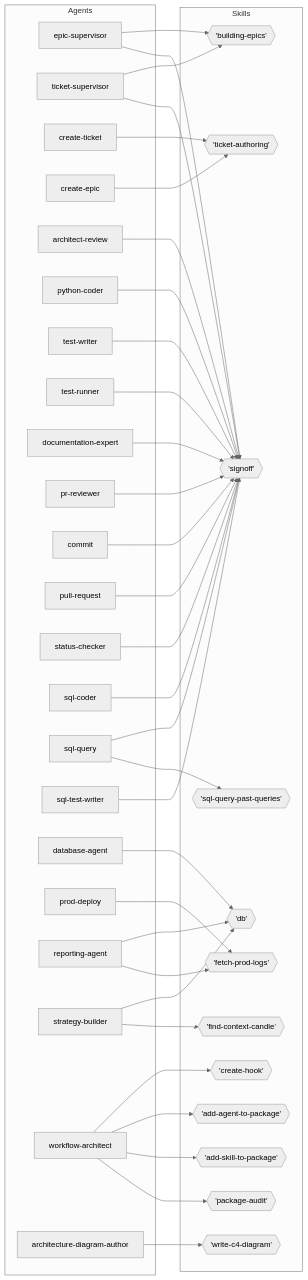
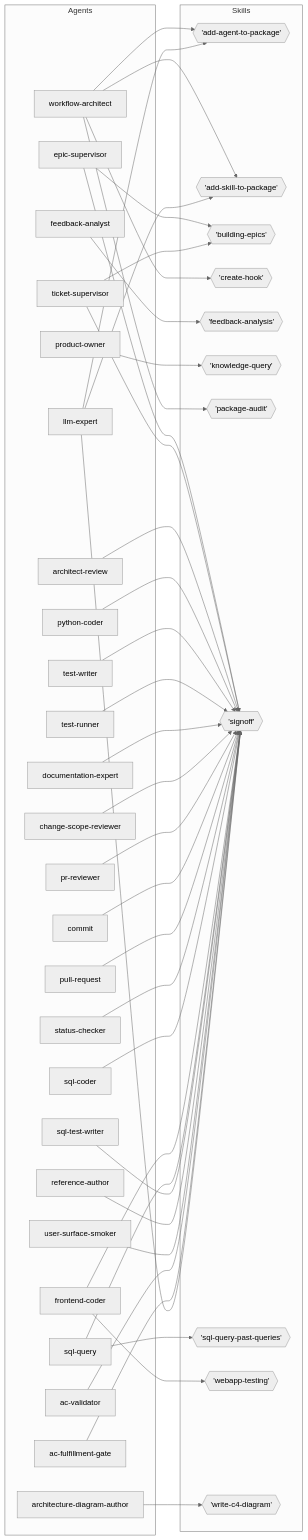
One commit to urlmonitor/leafcutter-ai changed the second of 3 diagrams in docs/agents/README.md. Above: the diagram before and after it, drawn with Mermaid (neutral theme). The commit also changed other lines of this file and 6 other files, not shown here.

````diff
--- a/docs/agents/README.md
+++ b/docs/agents/README.md
@@ -240,71 +249,77 @@
 ```mermaid
 graph LR
     subgraph Agents
         a_epic_supervisor["epic-supervisor"]
         a_ticket_supervisor["ticket-supervisor"]
-        a_create_ticket["create-ticket"]
-        a_create_epic["create-epic"]
         a_architect_review["architect-review"]
         a_python_coder["python-coder"]
         a_test_writer["test-writer"]
         a_test_runner["test-runner"]
         a_documentation_expert["documentation-expert"]
+        a_change_scope_reviewer["change-scope-reviewer"]
         a_pr_reviewer["pr-reviewer"]
         a_commit["commit"]
         a_pull_request["pull-request"]
         a_status_checker["status-checker"]
+        a_feedback_analyst["feedback-analyst"]
         a_sql_coder["sql-coder"]
+        a_frontend_coder["frontend-coder"]
         a_sql_query["sql-query"]
         a_sql_test_writer["sql-test-writer"]
-        a_database_agent["database-agent"]
-        a_prod_deploy["prod-deploy"]
-        a_reporting_agent["reporting-agent"]
-        a_strategy_builder["strategy-builder"]
         a_workflow_architect["workflow-architect"]
         a_architecture_diagram_author["architecture-diagram-author"]
+        a_reference_author["reference-author"]
+        a_user_surface_smoker["user-surface-smoker"]
+        a_ac_validator["ac-validator"]
+        a_ac_fulfillment_gate["ac-fulfillment-gate"]
+        a_llm_expert["llm-expert"]
+        a_product_owner["product-owner"]
     end
     subgraph Skills
         s_add_agent_to_package{{'add-agent-to-package'}}
         s_add_skill_to_package{{'add-skill-to-package'}}
         s_building_epics{{'building-epics'}}
         s_create_hook{{'create-hook'}}
-        s_db{{'db'}}
-        s_fetch_prod_logs{{'fetch-prod-logs'}}
-        s_find_context_candle{{'find-context-candle'}}
+        s_feedback_analysis{{'feedback-analysis'}}
+        s_knowledge_query{{'knowledge-query'}}
         s_package_audit{{'package-audit'}}
         s_signoff{{'signoff'}}
         s_sql_query_past_queries{{'sql-query-past-queries'}}
-        s_ticket_authoring{{'ticket-authoring'}}
+        s_webapp_testing{{'webapp-testing'}}
         s_write_c4_diagram{{'write-c4-diagram'}}
     end
     a_epic_supervisor --> s_building_epics
     a_epic_supervisor --> s_signoff
     a_ticket_supervisor --> s_building_epics
     a_ticket_supervisor --> s_signoff
-    a_create_ticket --> s_ticket_authoring
-    a_create_epic --> s_ticket_authoring
     a_architect_review --> s_signoff
     a_python_coder --> s_signoff
     a_test_writer --> s_signoff
     a_test_runner --> s_signoff
     a_documentation_expert --> s_signoff
+    a_change_scope_reviewer --> s_signoff
     a_pr_reviewer --> s_signoff
     a_commit --> s_signoff
     a_pull_request --> s_signoff
     a_status_checker --> s_signoff
+    a_feedback_analyst --> s_feedback_analysis
     a_sql_coder --> s_signoff
+    a_frontend_coder --> s_signoff
+    a_frontend_coder --> s_webapp_testing
     a_sql_query --> s_signoff
     a_sql_query --> s_sql_query_past_queries
     a_sql_test_writer --> s_signoff
-    a_database_agent --> s_db
-    a_prod_deploy --> s_fetch_prod_logs
-    a_reporting_agent --> s_db
-    a_reporting_agent --> s_fetch_prod_logs
-    a_strategy_builder --> s_db
-    a_strategy_builder --> s_find_context_candle
     a_workflow_architect --> s_create_hook
     a_workflow_architect --> s_add_agent_to_package
     a_workflow_architect --> s_add_skill_to_package
     a_workflow_architect --> s_package_audit
     a_architecture_diagram_author --> s_write_c4_diagram
+    a_reference_author --> s_signoff
+    a_user_surface_smoker --> s_signoff
+    a_ac_validator --> s_signoff
+    a_ac_fulfillment_gate --> s_signoff
+    a_llm_expert --> s_add_agent_to_package
+    a_llm_expert --> s_add_skill_to_package
+    a_llm_expert --> s_signoff
+    a_product_owner --> s_knowledge_query
 ```
````
